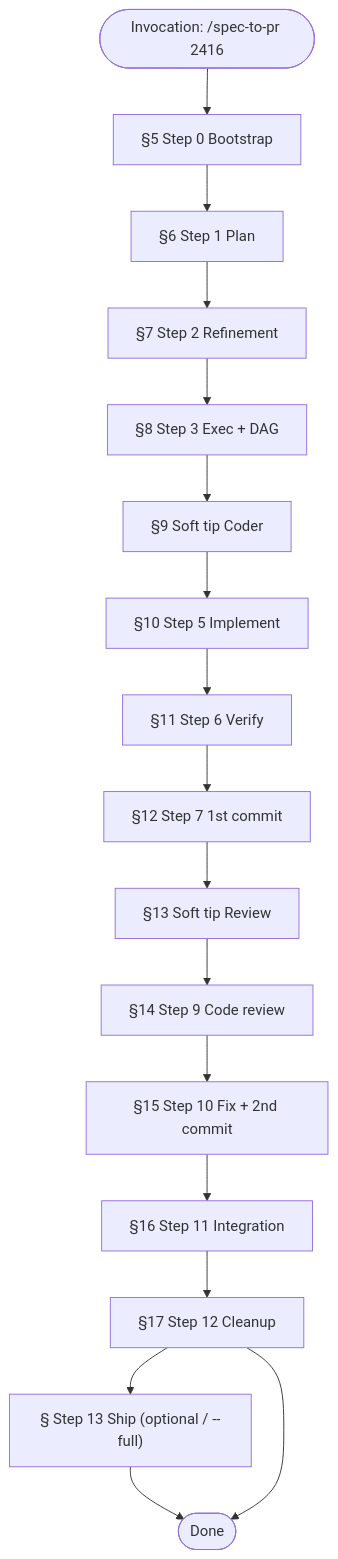
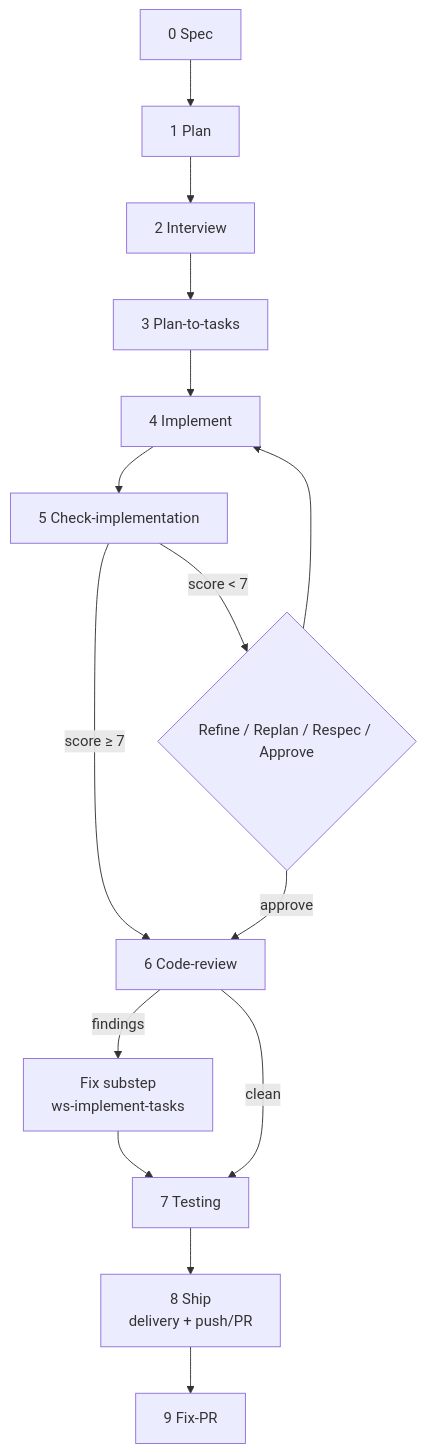
Before and after one commit to jpolvora/workflow-skills: the first of 2 diagrams in .agents/skills/spec-to-pr/docs/faq.md, drawn with Mermaid. The commit also changed other lines of this file and 21 other files, not shown here.

````diff
--- a/.agents/skills/spec-to-pr/docs/faq.md
+++ b/.agents/skills/spec-to-pr/docs/faq.md
@@ -106,19 +48,17 @@
 ```mermaid
 flowchart TD
-    START(["Invocation: /spec-to-pr 2416"]) --> S0["§5 Step 0 Bootstrap"]
-    S0 --> S1["§6 Step 1 Plan"]
-    S1 --> S2["§7 Step 2 Refinement"]
-    S2 --> S3["§8 Step 3 Exec + DAG"]
-    S3 --> SG4["§9 Soft tip Coder"]
-    SG4 --> S5["§10 Step 5 Implement"]
-    S5 --> S6["§11 Step 6 Verify"]
-    S6 --> S7["§12 Step 7 1st commit"]
-    S7 --> SG8["§13 Soft tip Review"]
-    SG8 --> S9["§14 Step 9 Code review"]
-    S9 --> S10["§15 Step 10 Fix + 2nd commit"]
-    S10 --> S11["§16 Step 11 Integration"]
-    S11 --> S12["§17 Step 12 Cleanup"]
-    S12 --> S13["§ Step 13 Ship (optional / --full)"]
-    S13 --> END(["Done"])
-    S12 --> END
+  S0[0 Spec] --> S1[1 Plan]
+  S1 --> S2[2 Interview]
+  S2 --> S3[3 Plan-to-tasks]
+  S3 --> S4[4 Implement]
+  S4 --> S5[5 Check-implementation]
+  S5 -->|score ≥ 7| S6[6 Code-review]
+  S5 -->|score < 7| G5{Refine / Replan / Respec / Approve}
+  G5 --> S4
+  G5 -->|approve| S6
+  S6 -->|findings| Fix[Fix substep<br/>ws-implement-tasks]
+  Fix --> S7[7 Testing]
+  S6 -->|clean| S7
+  S7 --> S8[8 Ship<br/>delivery + push/PR]
+  S8 --> S9[9 Fix-PR]
 ```
````
